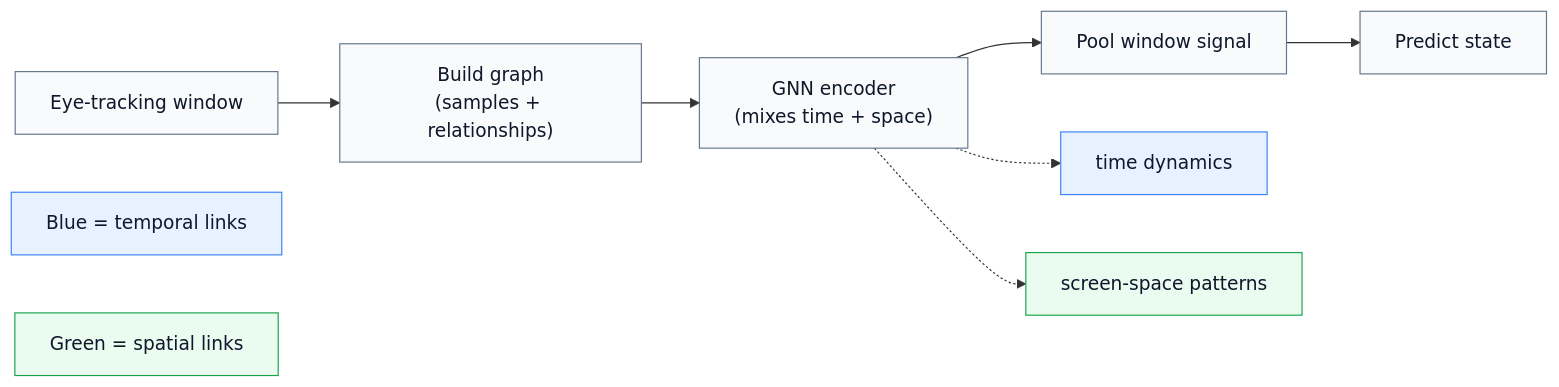
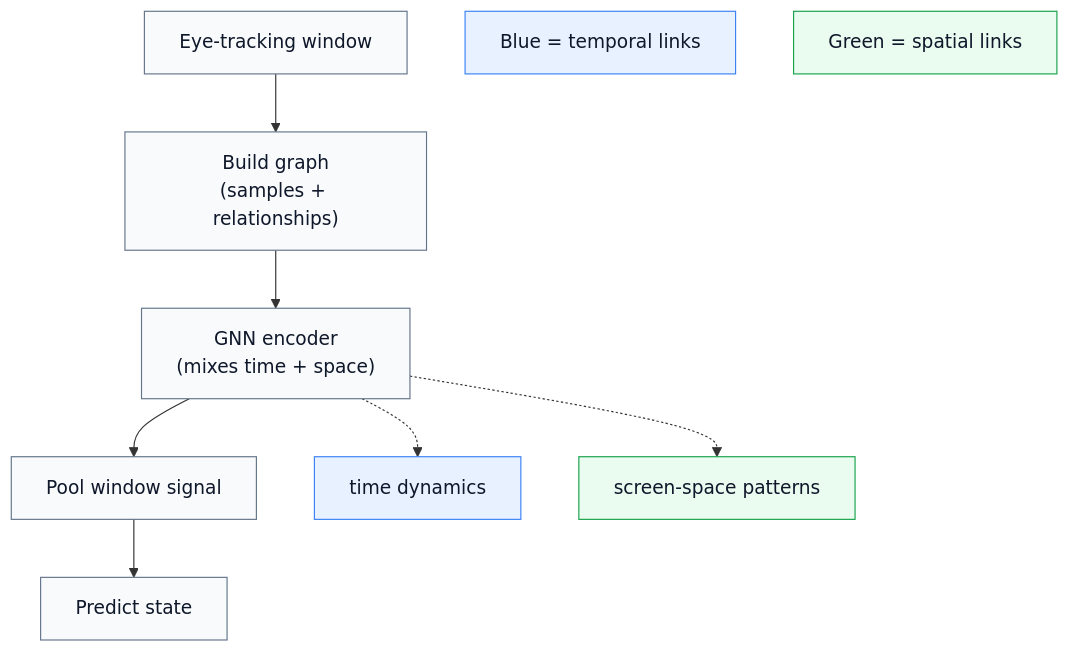
One commit to Space0code/GFM-for-eyetracker changed the second of 2 diagrams in docs/prompts/solutions/solution_gnn_high_level_overview_image.md. Above: the diagram before and after it, drawn with Mermaid. The commit also changed other lines of this file and 3 other files, not shown here.

Commit message:
make mermaid diagrams vertically oriented for better readability

````diff
--- a/docs/prompts/solutions/solution_gnn_high_level_overview_image.md
+++ b/docs/prompts/solutions/solution_gnn_high_level_overview_image.md
@@ -56,25 +56,25 @@
 ```mermaid
-flowchart LR
+flowchart TB
   A["Eye-tracking window"]
   B["Build graph<br/>(samples + relationships)"]
   C["GNN encoder<br/>(mixes time + space)"]
   D["Pool window signal"]
   E["Predict state"]
 
   T["time dynamics"]
   S["screen-space patterns"]
   L1["Blue = temporal links"]
   L2["Green = spatial links"]
 
   A --> B --> C --> D --> E
   C -.-> T
   C -.-> S
 
   classDef base fill:#F8FAFC,stroke:#64748B,color:#0F172A;
   classDef temporal fill:#E8F1FF,stroke:#3B82F6,color:#0F172A;
   classDef spatial fill:#EAFBF0,stroke:#16A34A,color:#0F172A;
 
   class A,B,C,D,E base;
   class T,L1 temporal;
   class S,L2 spatial;
 ```
````
